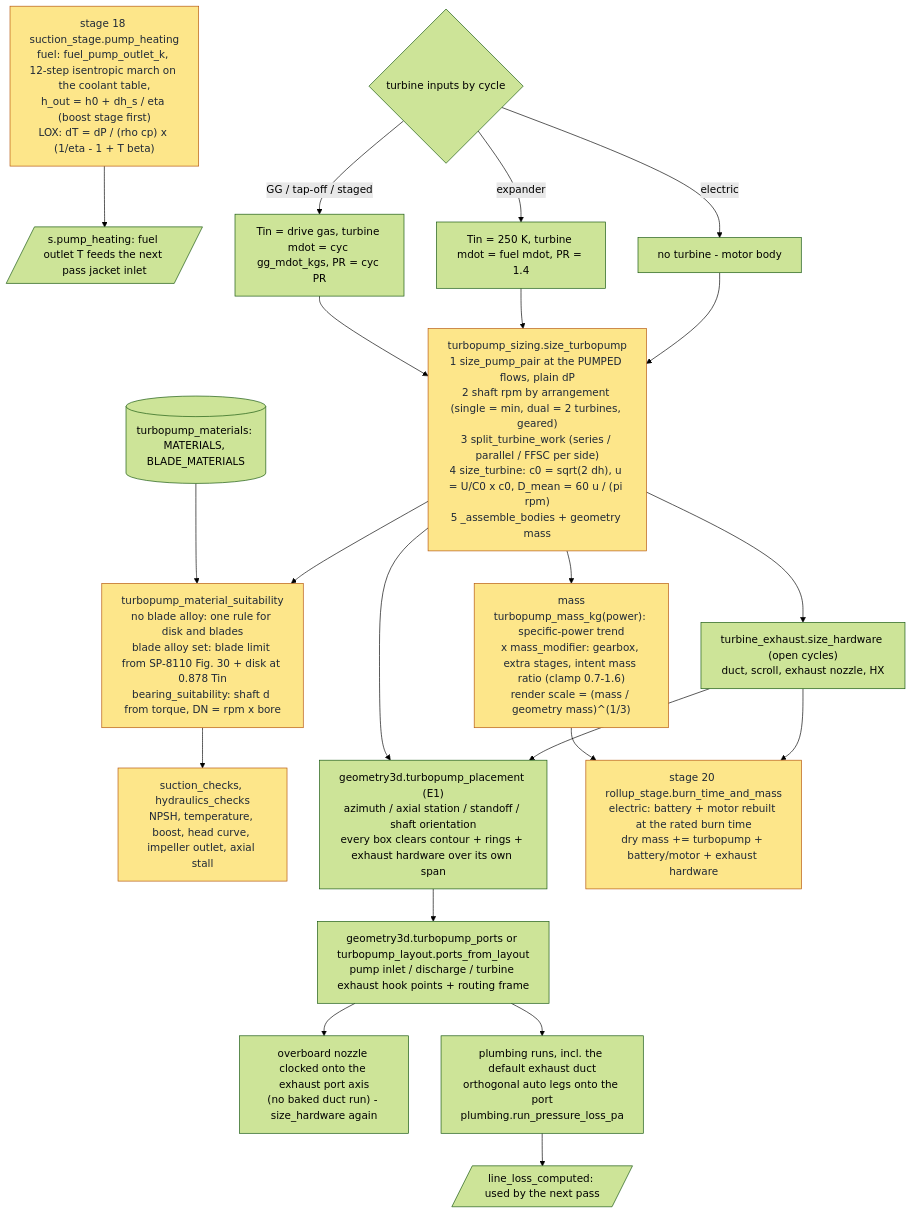
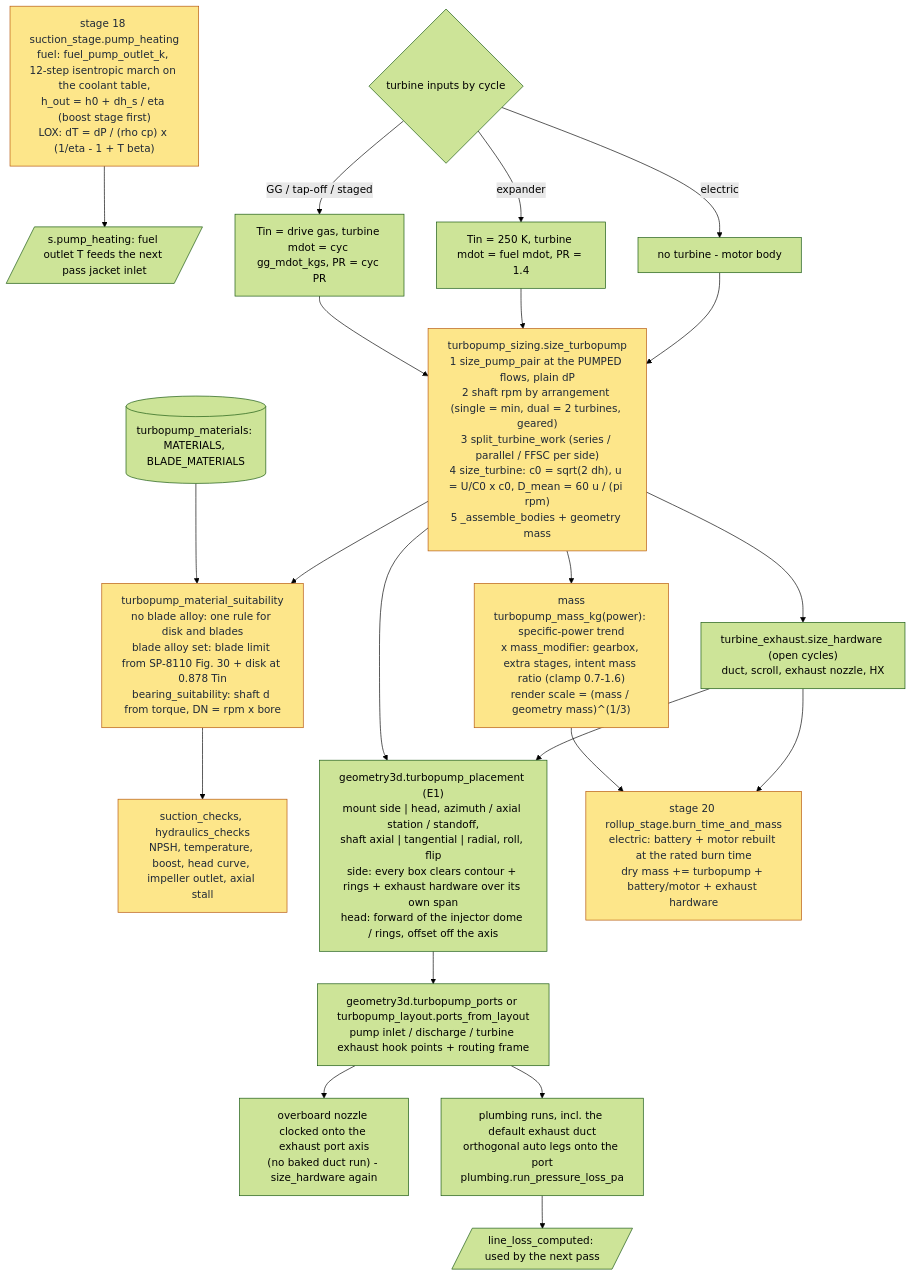
Before and after one commit to CoryDSummers/Corys-Procedural-Rocket-Engine-Simulator: the fifth of 6 diagrams in engine_designer/TURBOPUMP_FLOW.md, drawn with Mermaid (forest theme). The commit also changed 4 other files, not shown here.

First line of the commit message:
Turbopump placement E1 C8: docs for head mount + pump orientation

````diff
--- a/engine_designer/TURBOPUMP_FLOW.md
+++ b/engine_designer/TURBOPUMP_FLOW.md
@@ -235,31 +235,31 @@
 ```mermaid
 flowchart TD
     PH["stage 18 suction_stage.pump_heating<br/>fuel: fuel_pump_outlet_k, 12-step isentropic march on the coolant table,<br/>h_out = h0 + dh_s / eta (boost stage first)<br/>LOX: dT = dP / (rho cp) x (1/eta - 1 + T beta)"]
     PH --> PHO[/"s.pump_heating: fuel outlet T feeds the next pass jacket inlet"/]
 
     DISP{"turbine inputs by cycle"}
     DISP -- "GG / tap-off / staged" --> T1["Tin = drive gas, turbine mdot = cyc gg_mdot_kgs, PR = cyc PR"]
     DISP -- "expander" --> T2["Tin = 250 K, turbine mdot = fuel mdot, PR = 1.4"]
     DISP -- "electric" --> T3["no turbine - motor body"]
     T1 --> STP
     T2 --> STP
     T3 --> STP
     STP["turbopump_sizing.size_turbopump<br/>1 size_pump_pair at the PUMPED flows, plain dP<br/>2 shaft rpm by arrangement (single = min, dual = 2 turbines, geared)<br/>3 split_turbine_work (series / parallel / FFSC per side)<br/>4 size_turbine: c0 = sqrt(2 dh), u = U/C0 x c0, D_mean = 60 u / (pi rpm)<br/>5 _assemble_bodies + geometry mass"]
     STP --> MASS["mass<br/>turbopump_mass_kg(power): specific-power trend<br/>x mass_modifier: gearbox, extra stages, intent mass ratio (clamp 0.7-1.6)<br/>render scale = (mass / geometry mass)^(1/3)"]
     MAT[("turbopump_materials: MATERIALS, BLADE_MATERIALS")]
     MAT --> CHK
     STP --> CHK["turbopump_material_suitability<br/>no blade alloy: one rule for disk and blades<br/>blade alloy set: blade limit from SP-8110 Fig. 30 + disk at 0.878 Tin<br/>bearing_suitability: shaft d from torque, DN = rpm x bore"]
     CHK --> SC2["suction_checks, hydraulics_checks<br/>NPSH, temperature, boost, head curve, impeller outlet, axial stall"]
     STP --> TEH["turbine_exhaust.size_hardware (open cycles)<br/>duct, scroll, exhaust nozzle, HX"]
-    STP --> PLACE["geometry3d.turbopump_placement (E1)<br/>azimuth / axial station / standoff / shaft orientation<br/>every box clears contour + rings + exhaust hardware over its own span"]
+    STP --> PLACE["geometry3d.turbopump_placement (E1)<br/>mount side | head, azimuth / axial station / standoff,<br/>shaft axial | tangential | radial, roll, flip<br/>side: every box clears contour + rings + exhaust hardware over its own span<br/>head: forward of the injector dome / rings, offset off the axis"]
     TEH --> PLACE
     PLACE --> PORTS["geometry3d.turbopump_ports or turbopump_layout.ports_from_layout<br/>pump inlet / discharge / turbine exhaust hook points + routing frame"]
     PORTS --> TEC["overboard nozzle clocked onto the exhaust port axis<br/>(no baked duct run) - size_hardware again"]
     PORTS --> PL["plumbing runs, incl. the default exhaust duct<br/>orthogonal auto legs onto the port<br/>plumbing.run_pressure_loss_pa"]
     PL --> LLC[/"line_loss_computed: used by the next pass"/]
     MASS --> RU["stage 20 rollup_stage.burn_time_and_mass<br/>electric: battery + motor rebuilt at the rated burn time<br/>dry mass += turbopump + battery/motor + exhaust hardware"]
     TEH --> RU
 
     class PH,STP,MASS,CHK,SC2,RU tp
     classDef tp fill:#fde68a,stroke:#b45309,color:#1f2937
 ```
````
